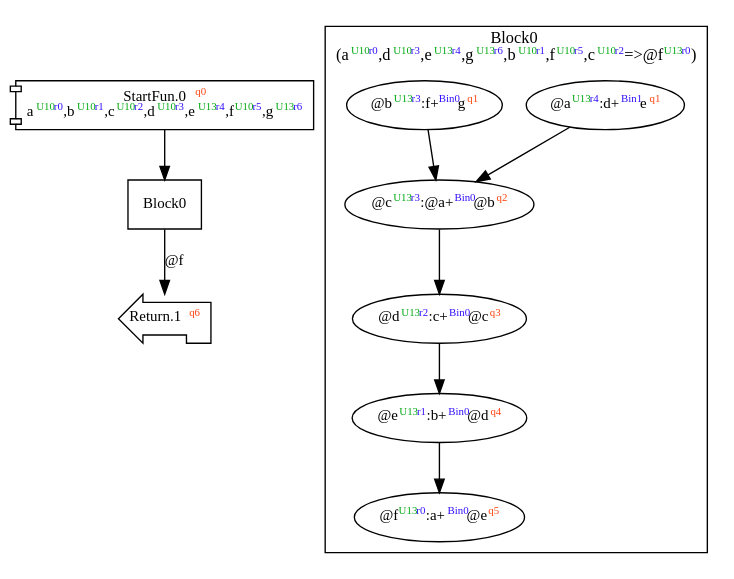
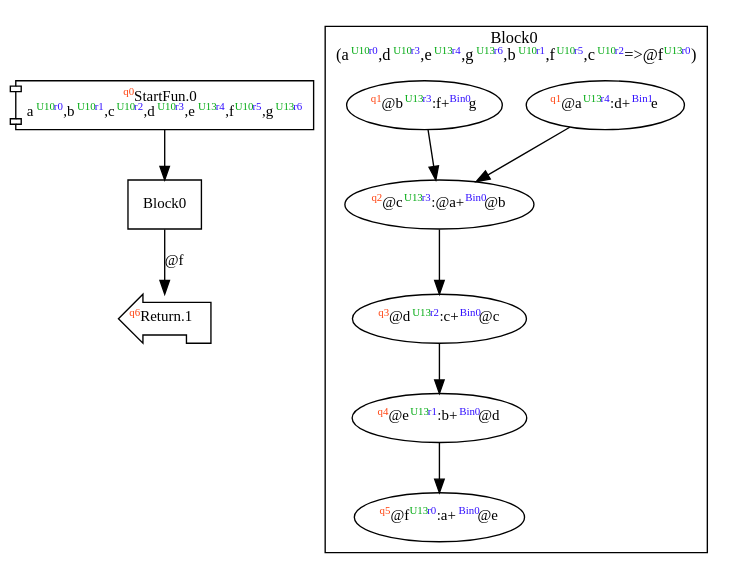
Before and after one commit to akouryy/SyntheScala: the diagram in dist/add7.dot, drawn with Graphviz. The commit also changed 34 other files, not shown here.

```diff
--- a/dist/add7.dot
+++ b/dist/add7.dot
@@ -1,25 +1,25 @@
 digraph Program_ {
   graph [fontname = "Monaco", fontsize = 12, ranksep = 0.5];
   node [shape = box, fontname = "Monaco", fontsize = 11; colorscheme = pastel19];
   edge [fontname = "Monaco", fontsize = 11; colorscheme = pastel19];
-  Jump0[label = <StartFun.0<font color="#ff4411" point-size="8"><sup>q0</sup></font><br/>a<font color="#00aa11" point-size="8"><sup>U10</sup></font><font color="#3311ff" point-size="8"><sup>r0</sup></font>,b<font color="#00aa11" point-size="8"><sup>U10</sup></font><font color="#3311ff" point-size="8"><sup>r1</sup></font>,c<font color="#00aa11" point-size="8"><sup>U10</sup></font><font color="#3311ff" point-size="8"><sup>r2</sup></font>,d<font color="#00aa11" point-size="8"><sup>U10</sup></font><font color="#3311ff" point-size="8"><sup>r3</sup></font>,e<font color="#00aa11" point-size="8"><sup>U13</sup></font><font color="#3311ff" point-size="8"><sup>r4</sup></font>,f<font color="#00aa11" point-size="8"><sup>U10</sup></font><font color="#3311ff" point-size="8"><sup>r5</sup></font>,g<font color="#00aa11" point-size="8"><sup>U13</sup></font><font color="#3311ff" point-size="8"><sup>r6</sup></font>>; shape = component];
+  Jump0[label = <<font color="#ff4411" point-size="8"><sup>q0</sup></font>StartFun.0<br/>a<font color="#00aa11" point-size="8"><sup>U10</sup></font><font color="#3311ff" point-size="8"><sup>r0</sup></font>,b<font color="#00aa11" point-size="8"><sup>U10</sup></font><font color="#3311ff" point-size="8"><sup>r1</sup></font>,c<font color="#00aa11" point-size="8"><sup>U10</sup></font><font color="#3311ff" point-size="8"><sup>r2</sup></font>,d<font color="#00aa11" point-size="8"><sup>U10</sup></font><font color="#3311ff" point-size="8"><sup>r3</sup></font>,e<font color="#00aa11" point-size="8"><sup>U13</sup></font><font color="#3311ff" point-size="8"><sup>r4</sup></font>,f<font color="#00aa11" point-size="8"><sup>U10</sup></font><font color="#3311ff" point-size="8"><sup>r5</sup></font>,g<font color="#00aa11" point-size="8"><sup>U13</sup></font><font color="#3311ff" point-size="8"><sup>r6</sup></font>>; shape = component];
   Jump0 -> Block0;
-  Jump1[label = <Return.1<font color="#ff4411" point-size="8"><sup>q6</sup></font>>; shape = lpromoter];
+  Jump1[label = <<font color="#ff4411" point-size="8"><sup>q6</sup></font>Return.1>; shape = lpromoter];
   Block0 -> Jump1 [label="@f"];
   Block0 [label = "Block0"];
   subgraph cluster_dfg_Block0 {
     node [shape = oval];
     label = <Block0<br/>(a<font color="#00aa11" point-size="8"><sup>U10</sup></font><font color="#3311ff" point-size="8"><sup>r0</sup></font>,d<font color="#00aa11" point-size="8"><sup>U10</sup></font><font color="#3311ff" point-size="8"><sup>r3</sup></font>,e<font color="#00aa11" point-size="8"><sup>U13</sup></font><font color="#3311ff" point-size="8"><sup>r4</sup></font>,g<font color="#00aa11" point-size="8"><sup>U13</sup></font><font color="#3311ff" point-size="8"><sup>r6</sup></font>,b<font color="#00aa11" point-size="8"><sup>U10</sup></font><font color="#3311ff" point-size="8"><sup>r1</sup></font>,f<font color="#00aa11" point-size="8"><sup>U10</sup></font><font color="#3311ff" point-size="8"><sup>r5</sup></font>,c<font color="#00aa11" point-size="8"><sup>U10</sup></font><font color="#3311ff" point-size="8"><sup>r2</sup></font>=&gt;@f<font color="#00aa11" point-size="8"><sup>U13</sup></font><font color="#3311ff" point-size="8"><sup>r0</sup></font>)>;
-    0 [label=<@a<font color="#00aa11" point-size="8"><sup>U13</sup></font><font color="#3311ff" point-size="8"><sup>r4</sup></font>:d+<font color="#3311ff" point-size="8"><sup>Bin1</sup></font>e<font color="#ff4411" point-size="8"><sup>q1</sup></font>>];
-    5 [label=<@f<font color="#00aa11" point-size="8"><sup>U13</sup></font><font color="#3311ff" point-size="8"><sup>r0</sup></font>:a+<font color="#3311ff" point-size="8"><sup>Bin0</sup></font>@e<font color="#ff4411" point-size="8"><sup>q5</sup></font>>];
-    1 [label=<@b<font color="#00aa11" point-size="8"><sup>U13</sup></font><font color="#3311ff" point-size="8"><sup>r3</sup></font>:f+<font color="#3311ff" point-size="8"><sup>Bin0</sup></font>g<font color="#ff4411" point-size="8"><sup>q1</sup></font>>];
-    2 [label=<@c<font color="#00aa11" point-size="8"><sup>U13</sup></font><font color="#3311ff" point-size="8"><sup>r3</sup></font>:@a+<font color="#3311ff" point-size="8"><sup>Bin0</sup></font>@b<font color="#ff4411" point-size="8"><sup>q2</sup></font>>];
-    3 [label=<@d<font color="#00aa11" point-size="8"><sup>U13</sup></font><font color="#3311ff" point-size="8"><sup>r2</sup></font>:c+<font color="#3311ff" point-size="8"><sup>Bin0</sup></font>@c<font color="#ff4411" point-size="8"><sup>q3</sup></font>>];
-    4 [label=<@e<font color="#00aa11" point-size="8"><sup>U13</sup></font><font color="#3311ff" point-size="8"><sup>r1</sup></font>:b+<font color="#3311ff" point-size="8"><sup>Bin0</sup></font>@d<font color="#ff4411" point-size="8"><sup>q4</sup></font>>];
+    0 [label=<<font color="#ff4411" point-size="8"><sup>q1</sup></font>@a<font color="#00aa11" point-size="8"><sup>U13</sup></font><font color="#3311ff" point-size="8"><sup>r4</sup></font>:d+<font color="#3311ff" point-size="8"><sup>Bin1</sup></font>e>];
+    5 [label=<<font color="#ff4411" point-size="8"><sup>q5</sup></font>@f<font color="#00aa11" point-size="8"><sup>U13</sup></font><font color="#3311ff" point-size="8"><sup>r0</sup></font>:a+<font color="#3311ff" point-size="8"><sup>Bin0</sup></font>@e>];
+    1 [label=<<font color="#ff4411" point-size="8"><sup>q1</sup></font>@b<font color="#00aa11" point-size="8"><sup>U13</sup></font><font color="#3311ff" point-size="8"><sup>r3</sup></font>:f+<font color="#3311ff" point-size="8"><sup>Bin0</sup></font>g>];
+    2 [label=<<font color="#ff4411" point-size="8"><sup>q2</sup></font>@c<font color="#00aa11" point-size="8"><sup>U13</sup></font><font color="#3311ff" point-size="8"><sup>r3</sup></font>:@a+<font color="#3311ff" point-size="8"><sup>Bin0</sup></font>@b>];
+    3 [label=<<font color="#ff4411" point-size="8"><sup>q3</sup></font>@d<font color="#00aa11" point-size="8"><sup>U13</sup></font><font color="#3311ff" point-size="8"><sup>r2</sup></font>:c+<font color="#3311ff" point-size="8"><sup>Bin0</sup></font>@c>];
+    4 [label=<<font color="#ff4411" point-size="8"><sup>q4</sup></font>@e<font color="#00aa11" point-size="8"><sup>U13</sup></font><font color="#3311ff" point-size="8"><sup>r1</sup></font>:b+<font color="#3311ff" point-size="8"><sup>Bin0</sup></font>@d>];
     0 -> 2;
     1 -> 2;
     2 -> 3;
     3 -> 4;
     4 -> 5;
   }
 }
```
